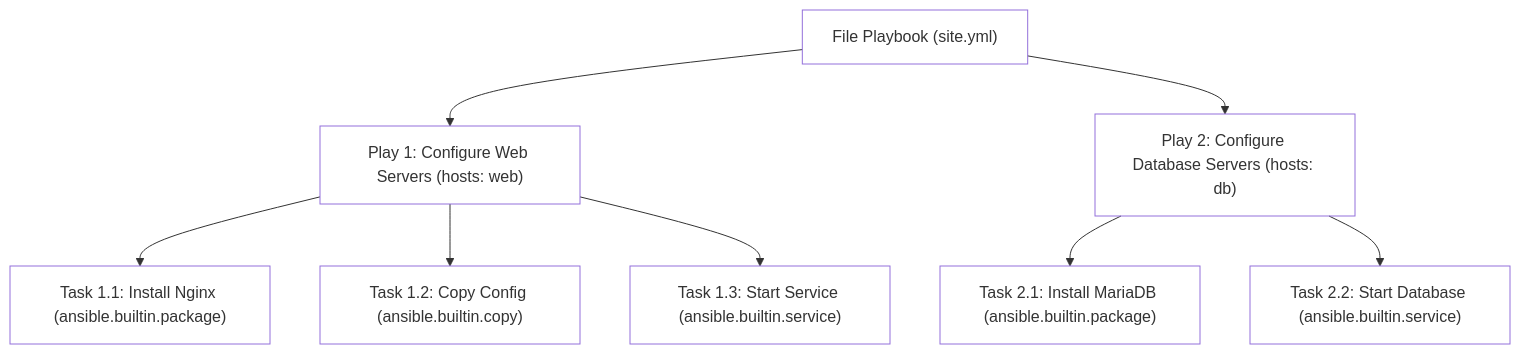
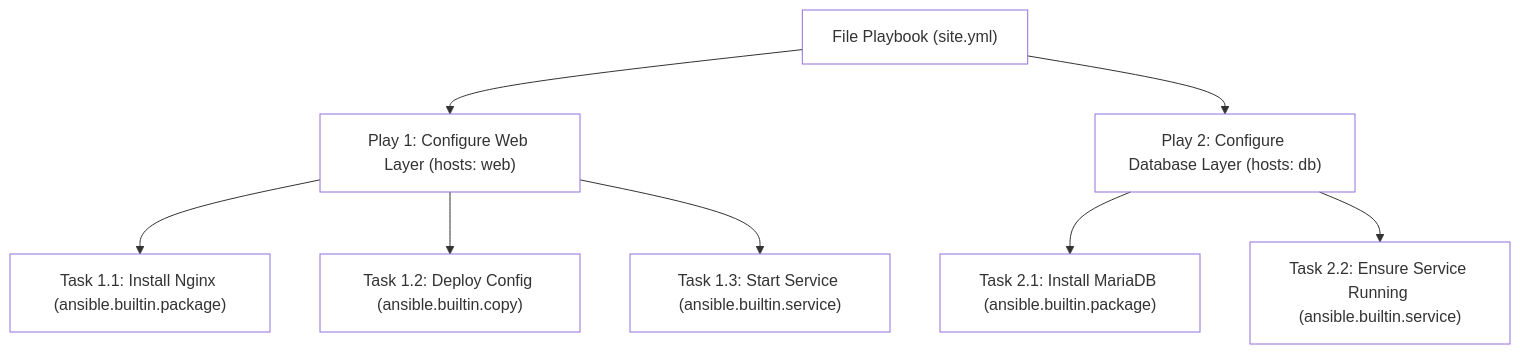
One commit to kiennt308/ntk changed the first of 3 diagrams in _posts/2026-09-13-ansible-05-05-playbook-dau-tien.md. Above: the diagram before and after it, drawn with Mermaid. The commit also changed other lines of this file and 30 other files, not shown here.

````diff
--- a/_posts/2026-09-13-ansible-05-05-playbook-dau-tien.md
+++ b/_posts/2026-09-13-ansible-05-05-playbook-dau-tien.md
@@ -83,21 +37,21 @@
 ```mermaid
 graph TD
-    PB["File Playbook (site.yml)"] --> P1["Play 1: Configure Web Servers (hosts: web)"]
-    PB --> P2["Play 2: Configure Database Servers (hosts: db)"]
+    PB["File Playbook (site.yml)"] --> P1["Play 1: Configure Web Layer (hosts: web)"]
+    PB --> P2["Play 2: Configure Database Layer (hosts: db)"]
     
     P1 --> T1["Task 1.1: Install Nginx (ansible.builtin.package)"]
-    P1 --> T2["Task 1.2: Copy Config (ansible.builtin.copy)"]
+    P1 --> T2["Task 1.2: Deploy Config (ansible.builtin.copy)"]
     P1 --> T3["Task 1.3: Start Service (ansible.builtin.service)"]
     
     P2 --> T4["Task 2.1: Install MariaDB (ansible.builtin.package)"]
-    P2 --> T5["Task 2.2: Start Database (ansible.builtin.service)"]
+    P2 --> T5["Task 2.2: Ensure Service Running (ansible.builtin.service)"]
 
     style PB fill:none
     style P1 fill:none
     style P2 fill:none
     style T1 fill:none
     style T2 fill:none
     style T3 fill:none
     style T4 fill:none
     style T5 fill:none
 ```
````
